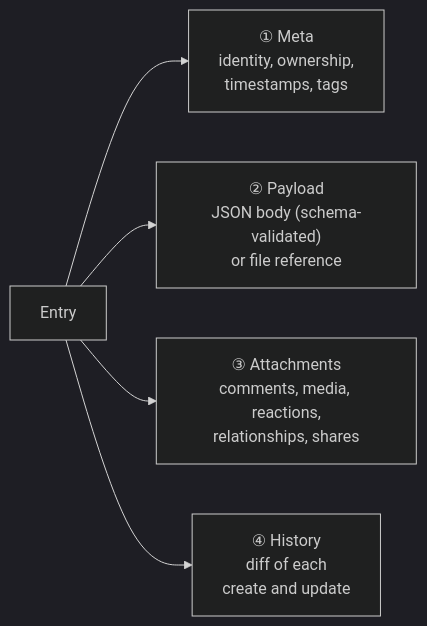
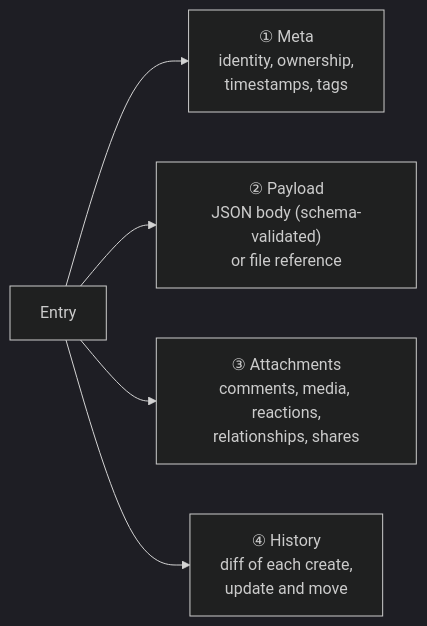
Before and after one commit to edraj/website: the second of 2 diagrams in pack/space/pages/data_model.md, drawn with Mermaid (dark theme). The commit also changed other lines of this file and 14 other files, not shown here.

````diff
--- a/pack/space/pages/data_model.md
+++ b/pack/space/pages/data_model.md
@@ -62,7 +62,7 @@
 ```mermaid
 graph LR
     Entry["Entry"] --> Meta["① Meta<br/>identity, ownership,<br/>timestamps, tags"]
     Entry --> Payload["② Payload<br/>JSON body (schema-validated)<br/>or file reference"]
     Entry --> Att["③ Attachments<br/>comments, media, reactions,<br/>relationships, shares"]
-    Entry --> Hist["④ History<br/>diff of each<br/>create and update"]
+    Entry --> Hist["④ History<br/>diff of each create,<br/>update and move"]
 ```
````
